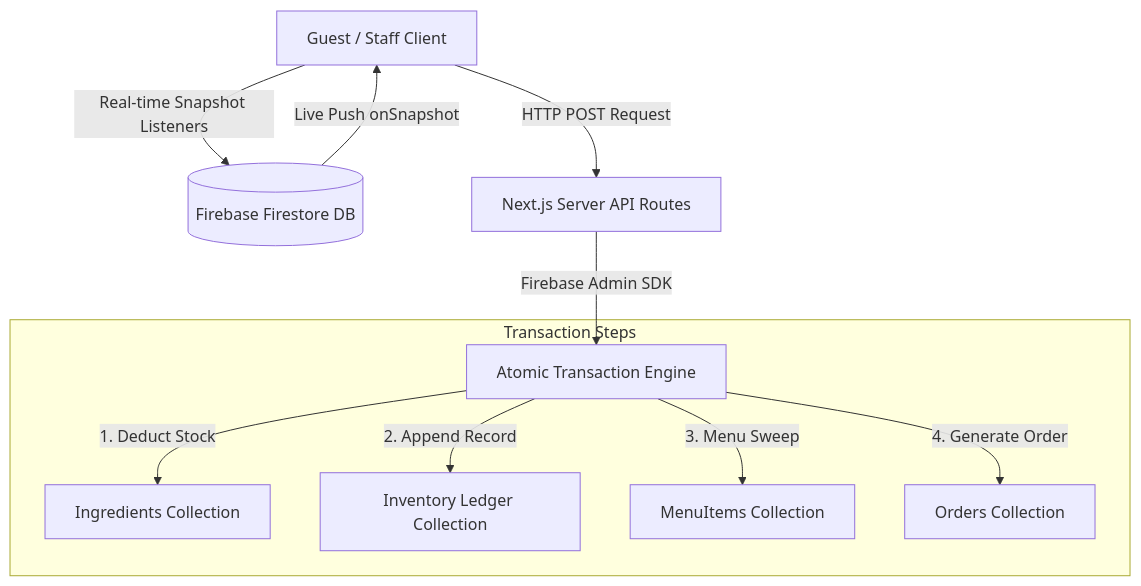
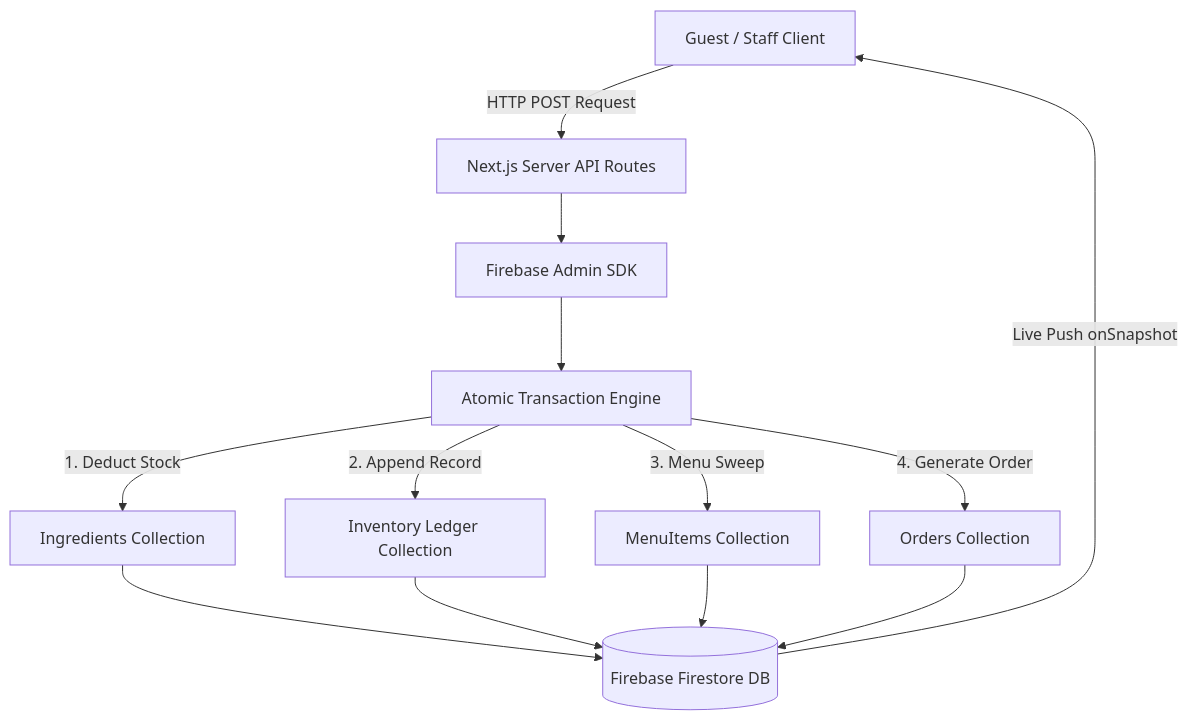
One commit to Saatvik-G/PlateIQ changed the first of 2 diagrams in README.md. Above: the diagram before and after it, drawn with Mermaid.

Commit message:
docs: replace subgraph boundary pattern in README Mermaid diagram for GitHub renderer compatibility

````diff
--- a/README.md
+++ b/README.md
@@ -31,15 +31,23 @@
 ```mermaid
 graph TD
-    Client[Guest / Staff Client] -->|Real-time Snapshot Listeners| Firestore[(Firebase Firestore DB)]
-    Client -->|HTTP POST Request| API[Next.js Server API Routes]
-    API -->|Firebase Admin SDK| Transaction[Atomic Transaction Engine]
-    
-    subgraph Transaction Steps
-        Transaction -->|1. Deduct Stock| Ing[Ingredients Collection]
-        Transaction -->|2. Append Record| Ledger[Inventory Ledger Collection]
-        Transaction -->|3. Menu Sweep| Menu[MenuItems Collection]
-        Transaction -->|4. Generate Order| Orders[Orders Collection]
-    end
-    
+    Client[Guest / Staff Client]
+    API[Next.js Server API Routes]
+    Admin[Firebase Admin SDK]
+    Firestore[(Firebase Firestore DB)]
+
+    Client -->|HTTP POST Request| API
+    API --> Admin
+    Admin --> Transaction[Atomic Transaction Engine]
+
+    Transaction -->|1. Deduct Stock| Ing[Ingredients Collection]
+    Transaction -->|2. Append Record| Ledger[Inventory Ledger Collection]
+    Transaction -->|3. Menu Sweep| Menu[MenuItems Collection]
+    Transaction -->|4. Generate Order| Orders[Orders Collection]
+
+    Ing --> Firestore
+    Ledger --> Firestore
+    Menu --> Firestore
+    Orders --> Firestore
+
     Firestore -->|Live Push onSnapshot| Client
 ```
````
